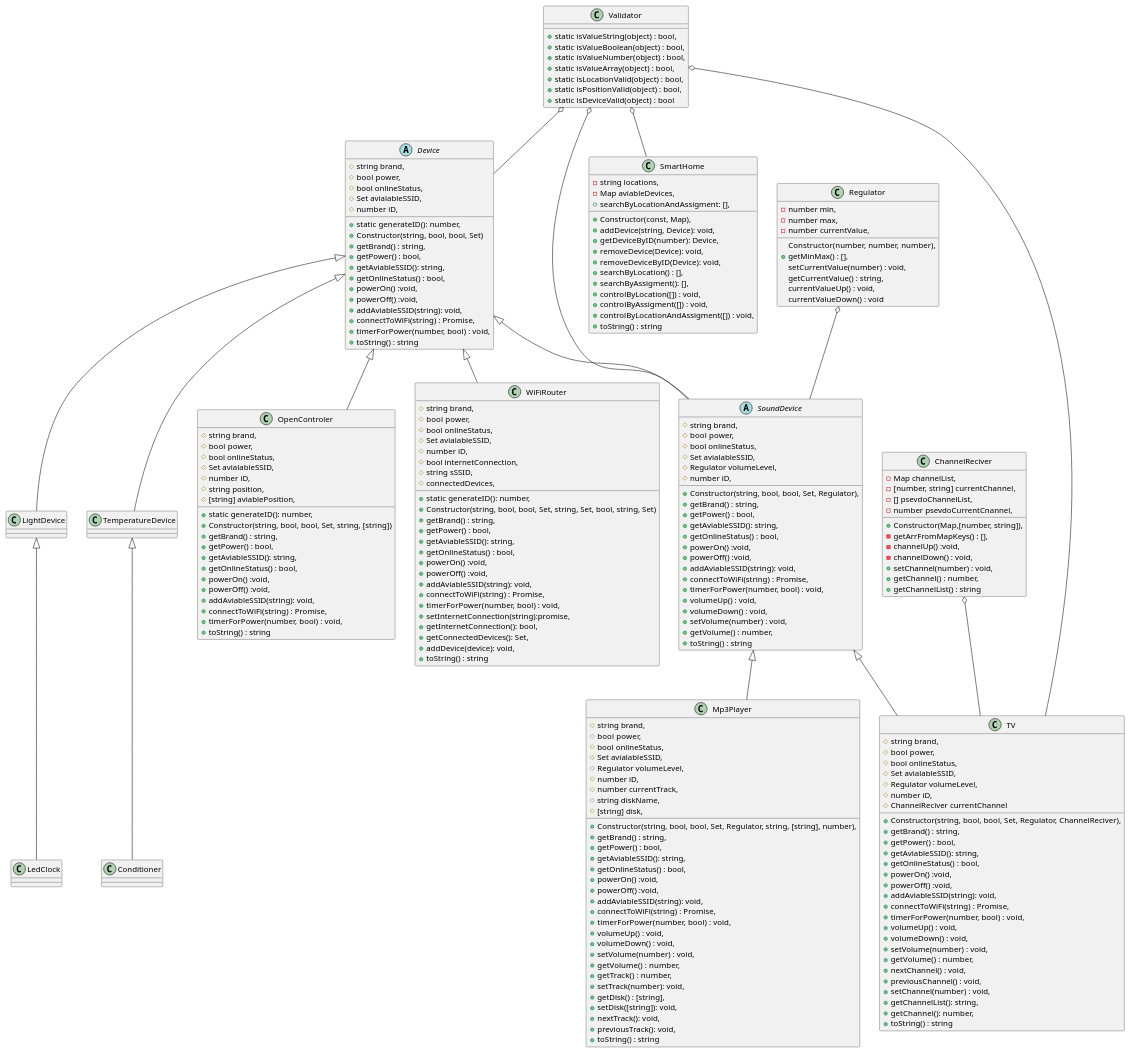
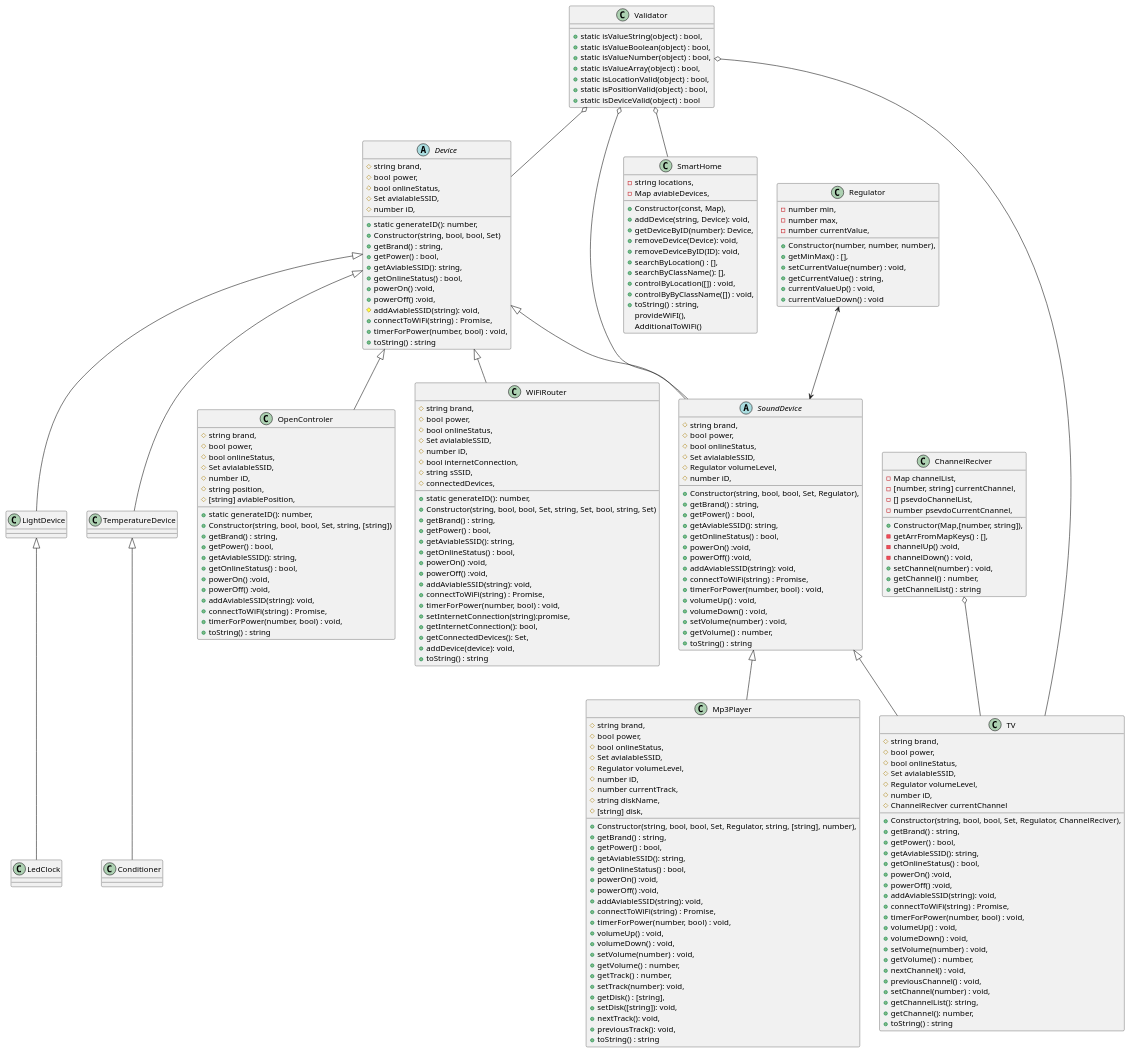
One commit to SalischevAV/SmartHomeJs2009 changed the diagram in ClassDiagramm.wsd. Above: the diagram before and after it, drawn with PlantUML. The commit also changed 6 other files, not shown here.

```diff
--- a/ClassDiagramm.wsd
+++ b/ClassDiagramm.wsd
@@ -26,15 +26,15 @@
 }
 
 class Regulator{
-    Constructor(number, number, number),
+    +Constructor(number, number, number),
     -number min,
     -number max,
     -number currentValue,
     +getMinMax() : [],
-    setCurrentValue(number) : void,
-    getCurrentValue() : string, 
-    currentValueUp() : void,
-    currentValueDown() : void
+    +setCurrentValue(number) : void,
+    +getCurrentValue() : string, 
+    +currentValueUp() : void,
+    +currentValueDown() : void
 }
 
 
@@ -52,7 +52,7 @@
     +getOnlineStatus() : bool,
     +powerOn() :void,
     +powerOff() :void,
-    +addAviableSSID(string): void,
+    #addAviableSSID(string): void,
     +connectToWiFi(string) : Promise,
     +timerForPower(number, bool) : void,
     +toString() : string
@@ -168,22 +168,6 @@
     +toString() : string
 }
 
-class SmartHome{
-    +Constructor(const, Map),
-    -string locations,
-    -Map aviableDevices,
-    +addDevice(string, Device): void,
-    +getDeviceByID(number): Device,
-    +removeDevice(Device): void,
-    +removeDeviceByID(Device): void,
-    +searchByLocation() : [],
-    +searchByAssigment(): [],
-    +searchByLocationAndAssigment: [],
-    +controlByLocation([]) : void,
-    +controlByAssigment([]) : void,
-    +controlByLocationAndAssigment([]) : void,
-    +toString() : string
-}
 
 class WiFiRouter{
     +static generateID(): number,
@@ -212,6 +196,26 @@
     +toString() : string
 }
 
+class SmartHome{
+    +Constructor(const, Map),
+    -string locations,
+    -Map aviableDevices,
+    +addDevice(string, Device): void,
+    +getDeviceByID(number): Device,
+    +removeDevice(Device): void,
+    +removeDeviceByID(ID): void,
+    +searchByLocation() : [],
+    +searchByClassName(): [],
+    +controlByLocation([]) : void,
+    +controlByByClassName([]) : void,
+    +toString() : string,
+
+    
+    provideWiFI(),
+    AdditionаlToWiFi()
+
+}
+
 Device <|-- SoundDevice
 Device <|-- WiFiRouter
 Device <|-- OpenControler
@@ -226,7 +230,7 @@
 TemperatureDevice <|-- Conditioner
 
 ChannelReciver o-- TV
-Regulator o-- SoundDevice
+Regulator <--> SoundDevice
 Validator o-- Device
 Validator o-- SoundDevice
 Validator o-- TV
```
